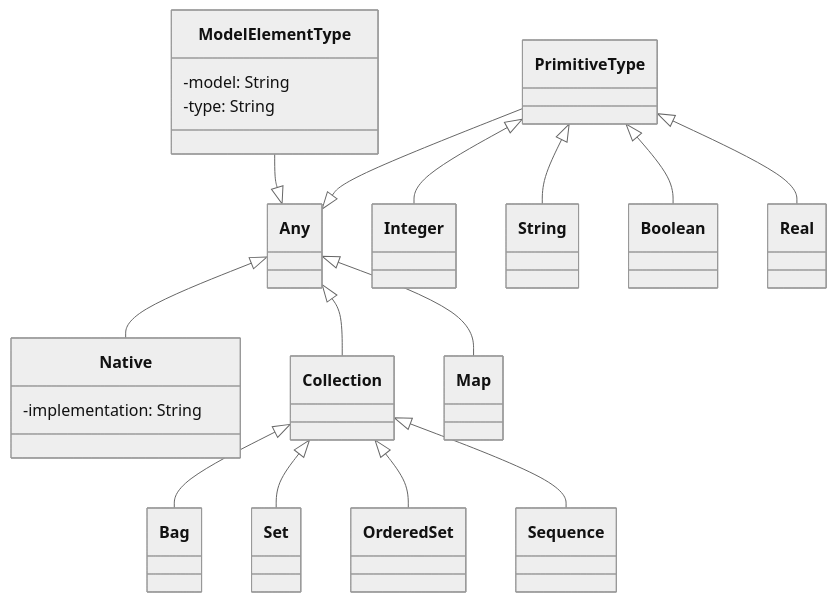
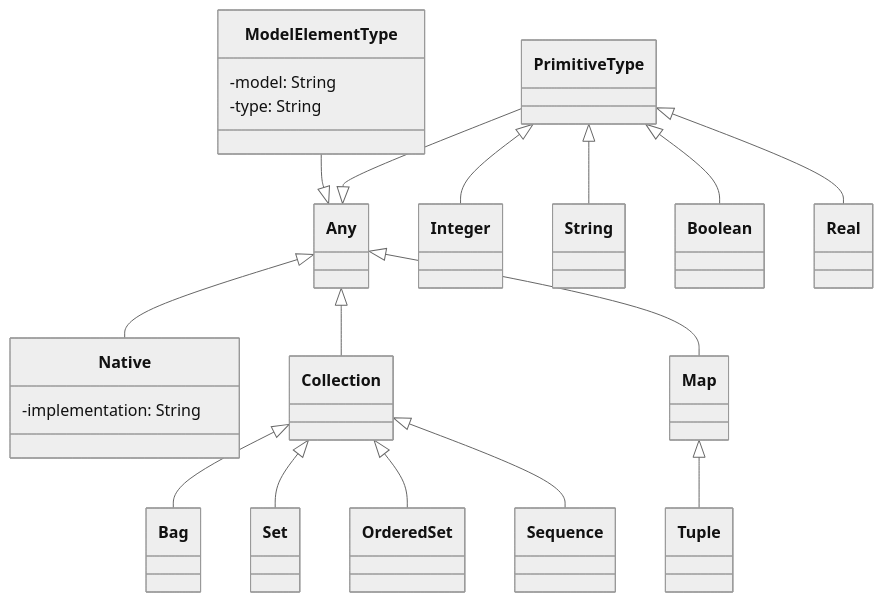
Before and after one commit to eclipse-epsilon/epsilon-website: the second of 2 diagrams in mkdocs/docs/doc/eol.md, drawn with Mermaid (neutral theme).

Commit message:
Added Tuple to types diagram

````diff
--- a/mkdocs/docs/doc/eol.md
+++ b/mkdocs/docs/doc/eol.md
@@ -199,24 +199,25 @@
 ```mermaid
 classDiagram
 class ModelElementType {
   -model: String
   -type: String
 }
 class Native {
   -implementation: String
 }
 ModelElementType --|> Any
 Any <|-- Native
 Any <|-- Collection
 Any <|-- Map
+Map <|-- Tuple
 Collection <|-- Bag
 Collection <|-- Set
 Collection <|-- OrderedSet
 Collection <|-- Sequence
 PrimitiveType --|> Any
 PrimitiveType <|-- Integer
 PrimitiveType <|-- String
 PrimitiveType <|-- Boolean
 PrimitiveType <|-- Real
 
 ```
````
